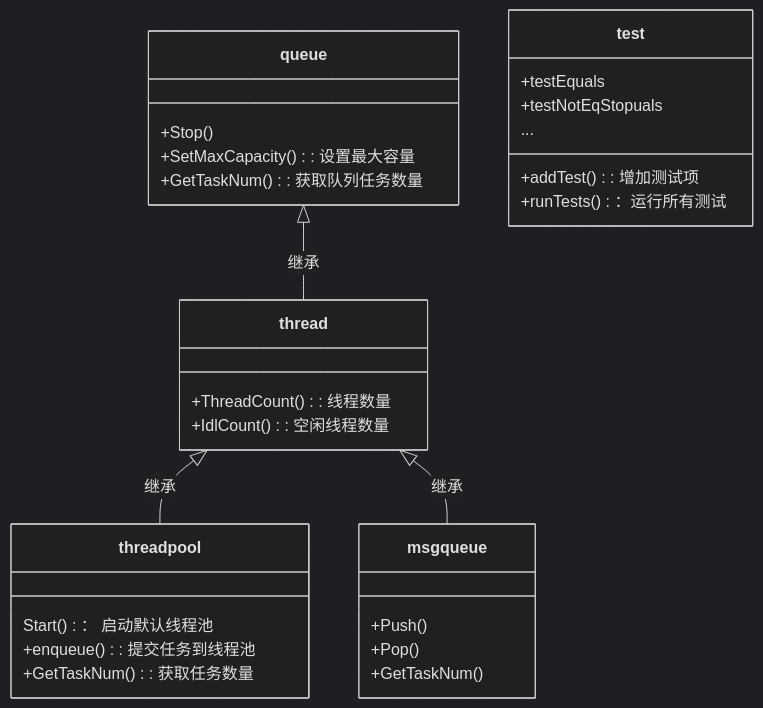
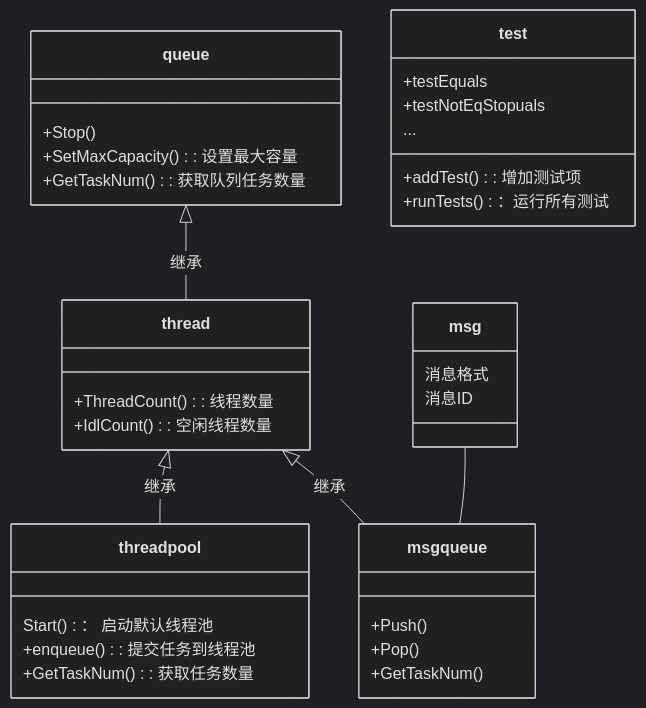
The diagram in doc/多线程.md (Acemyzoe/threadpool), drawn with Mermaid (dark theme) before and after one commit.

````diff
--- a/doc/多线程.md
+++ b/doc/多线程.md
@@ -416,38 +416,44 @@
 ```mermaid
 classDiagram
 queue <|-- thread : 继承
 thread <|-- threadpool : 继承
 thread <|-- msgqueue : 继承
+msg -- msgqueue : 
 
 class queue{
 	+Stop()
 	+SetMaxCapacity() : 设置最大容量
 	+GetTaskNum(): 获取队列任务数量
 }
 
 class thread{
 	+ThreadCount(): 线程数量
 	+IdlCount(): 空闲线程数量
 }
 
 class threadpool{
 	Start()： 启动默认线程池
 	+enqueue(): 提交任务到线程池
 	+GetTaskNum(): 获取任务数量
 }
 
 class msgqueue{
 	+Push()
 	+Pop()
 	+GetTaskNum()
 }
 
+class msg{
+	消息格式
+	消息ID
+}
+
 class test{
 	+testEquals
 	+testNotEqStopuals
 	...
 	+addTest(): 增加测试项
 	+runTests()：运行所有测试
 }
 
 ```
````
